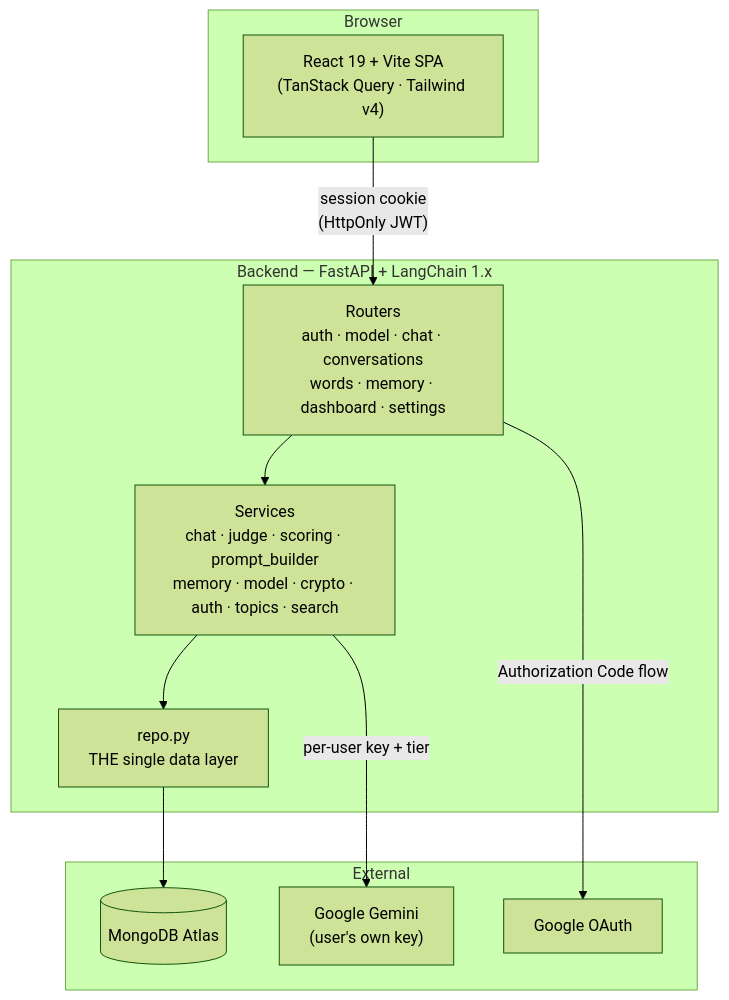
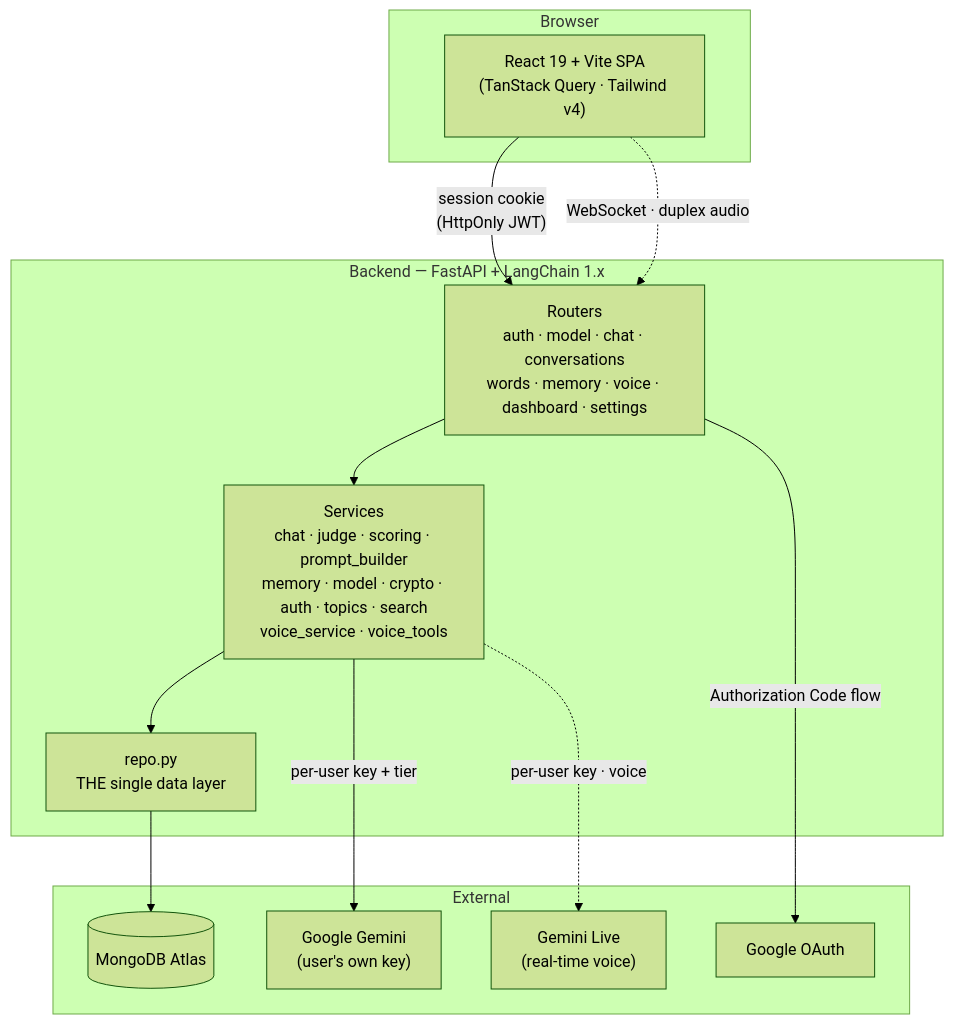
Before and after one commit to rohitpatill/Fluently: the first of 2 diagrams in README.md, drawn with Mermaid (forest theme). The commit also changed other lines of this file, not shown here.

Commit message:
docs: document voice mode and personas API in README

````diff
--- a/README.md
+++ b/README.md
@@ -85,25 +95,28 @@
 ```mermaid
 graph TD
     subgraph Browser
         FE["React 19 + Vite SPA<br/>(TanStack Query · Tailwind v4)"]
     end
 
     subgraph "Backend — FastAPI + LangChain 1.x"
-        API["Routers<br/>auth · model · chat · conversations<br/>words · memory · dashboard · settings"]
-        SVC["Services<br/>chat · judge · scoring · prompt_builder<br/>memory · model · crypto · auth · topics · search"]
+        API["Routers<br/>auth · model · chat · conversations<br/>words · memory · voice · dashboard · settings"]
+        SVC["Services<br/>chat · judge · scoring · prompt_builder<br/>memory · model · crypto · auth · topics · search<br/>voice_service · voice_tools"]
         REPO["repo.py<br/>THE single data layer"]
     end
 
     subgraph "External"
         MONGO[("MongoDB Atlas")]
         GEMINI["Google Gemini<br/>(user's own key)"]
+        LIVE["Gemini Live<br/>(real-time voice)"]
         GOOGLE["Google OAuth"]
     end
 
     FE -->|"session cookie<br/>(HttpOnly JWT)"| API
+    FE -.->|"WebSocket · duplex audio"| API
     API --> SVC
     SVC --> REPO
     REPO --> MONGO
     SVC -->|"per-user key + tier"| GEMINI
+    SVC -.->|"per-user key · voice"| LIVE
     API -->|"Authorization Code flow"| GOOGLE
 ```
````
